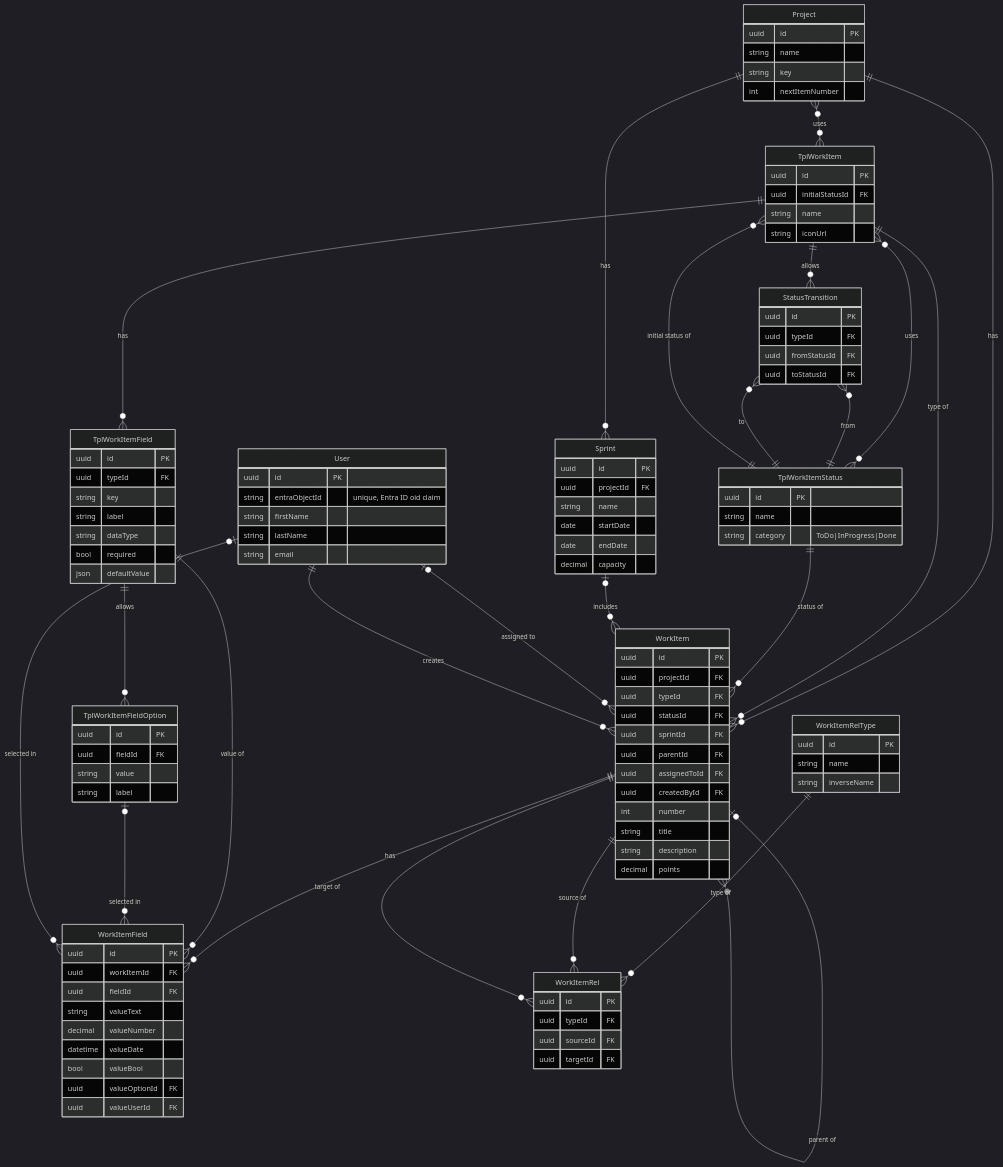
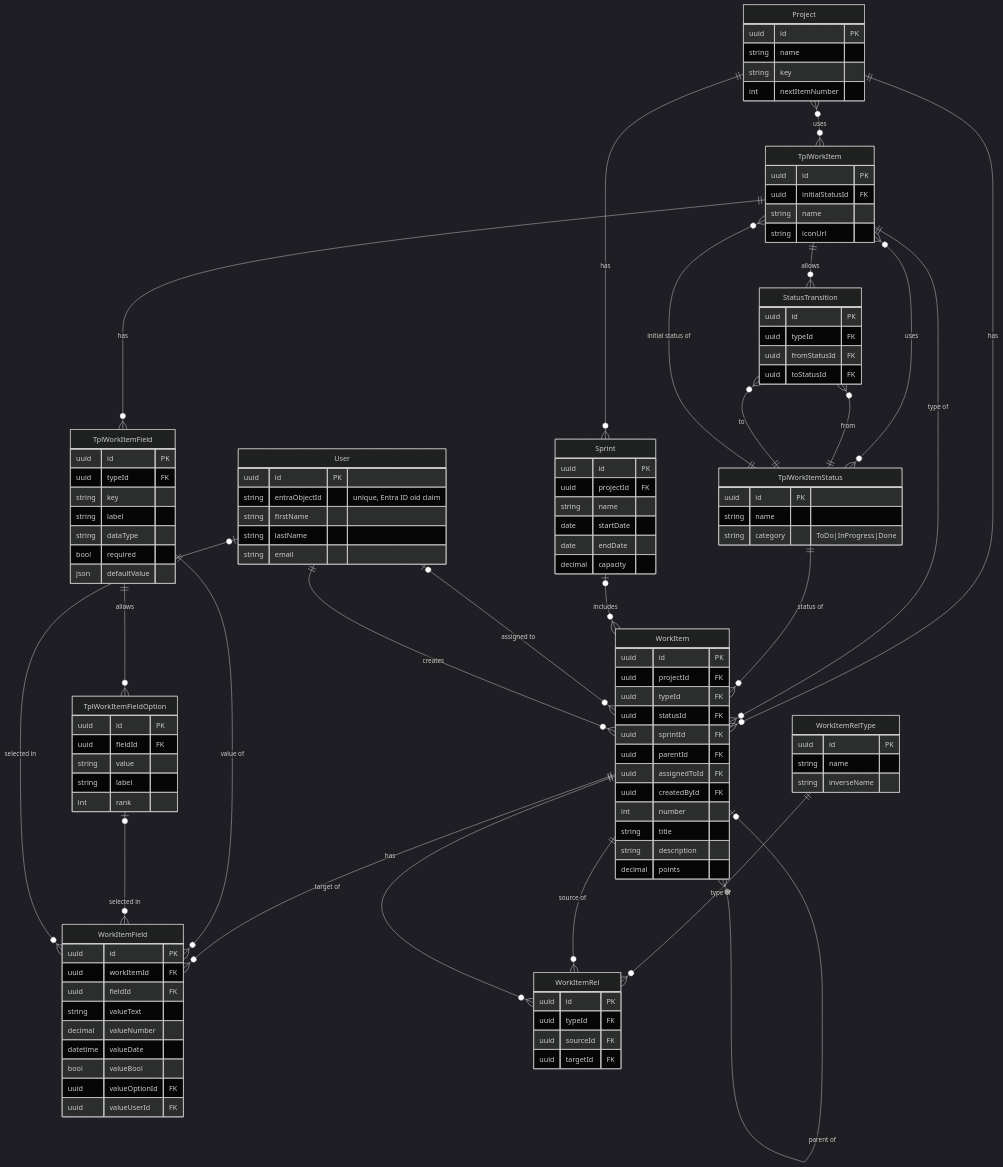
Before and after one commit to EnsyInc/Loom: the diagram in docs/loom-data-model.md, drawn with Mermaid.

```diff
--- a/docs/loom-data-model.md
+++ b/docs/loom-data-model.md
@@ -57,6 +57,7 @@
         uuid fieldId FK
         string value
         string label
+        int rank
     }
     TplWorkItemStatus {
         uuid id PK
```
